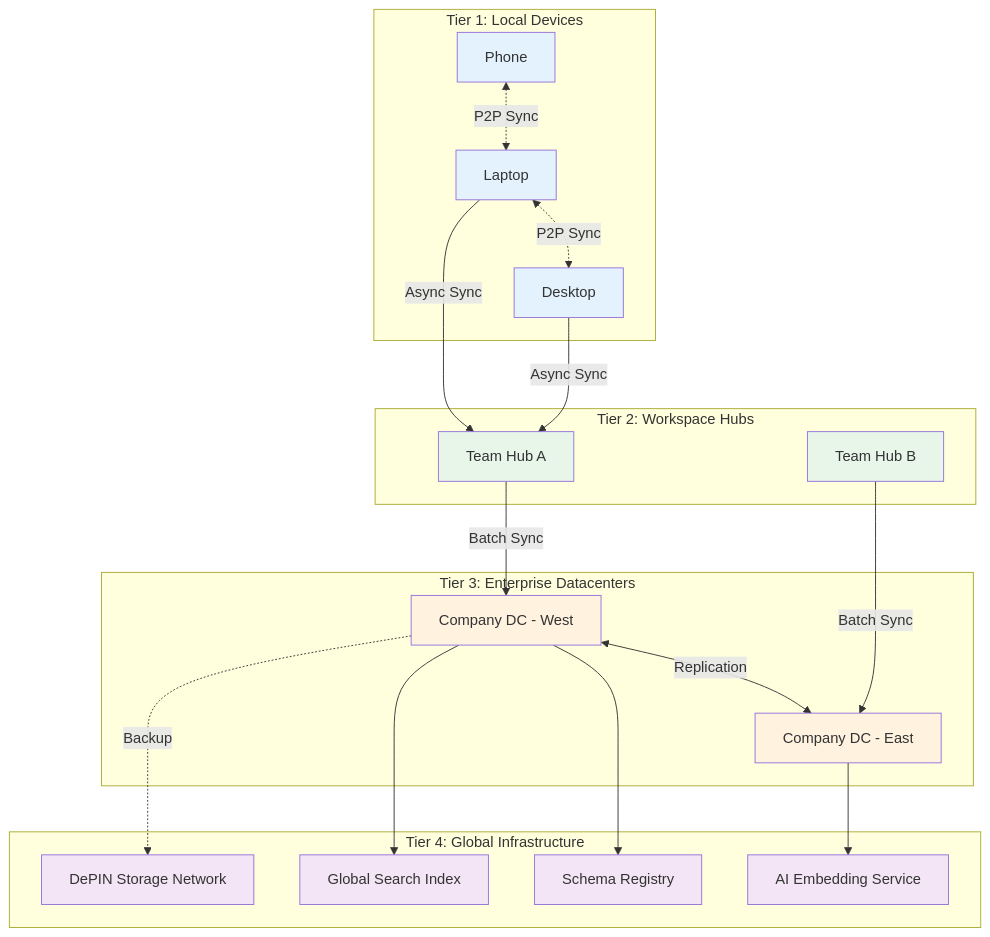
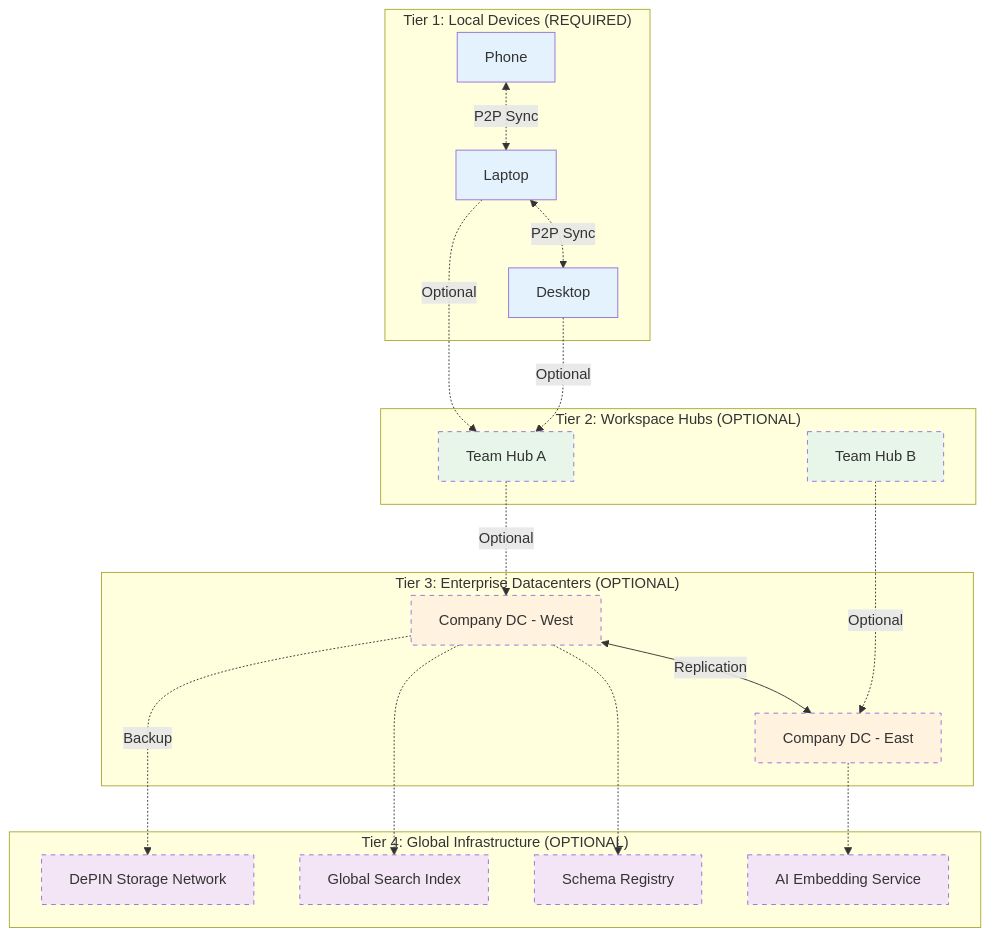
Before and after one commit to crs48/xNet: the first of 4 diagrams in docs/plan/10-scaling-architecture.md, drawn with Mermaid. The commit also changed other lines of this file and 1 other file, not shown here.

Commit message:
Clarify xNet is fully P2P - no servers required
Document that all infrastructure layers can run on peer devices:
- Discovery: mDNS, cached peers, manual exchange
- Signaling: DHT-based, peer relay, out-of-band
- NAT traversal: STUN + peer circuit relay
- Storage: Local-first with peer backup

Datacenters are optional optimizations for institutions with
scale/compliance needs, not requirements for the system to function.

````diff
--- a/docs/plan/10-scaling-architecture.md
+++ b/docs/plan/10-scaling-architecture.md
@@ -23,49 +25,49 @@
 ```mermaid
 graph TB
-    subgraph "Tier 1: Local Devices"
+    subgraph "Tier 1: Local Devices (REQUIRED)"
         L1[Phone]
         L2[Laptop]
         L3[Desktop]
         L1 <-.->|P2P Sync| L2
         L2 <-.->|P2P Sync| L3
     end
 
-    subgraph "Tier 2: Workspace Hubs"
+    subgraph "Tier 2: Workspace Hubs (OPTIONAL)"
         W1[Team Hub A]
         W2[Team Hub B]
     end
 
-    subgraph "Tier 3: Enterprise Datacenters"
+    subgraph "Tier 3: Enterprise Datacenters (OPTIONAL)"
         E1[Company DC - West]
         E2[Company DC - East]
         E1 <-->|Replication| E2
     end
 
-    subgraph "Tier 4: Global Infrastructure"
+    subgraph "Tier 4: Global Infrastructure (OPTIONAL)"
         G1[Schema Registry]
         G2[Global Search Index]
         G3[AI Embedding Service]
         G4[DePIN Storage Network]
     end
 
-    L2 -->|Async Sync| W1
-    L3 -->|Async Sync| W1
-    W1 -->|Batch Sync| E1
-    W2 -->|Batch Sync| E2
-    E1 --> G1
-    E1 --> G2
-    E2 --> G3
+    L2 -.->|Optional| W1
+    L3 -.->|Optional| W1
+    W1 -.->|Optional| E1
+    W2 -.->|Optional| E2
+    E1 -.-> G1
+    E1 -.-> G2
+    E2 -.-> G3
     E1 -.->|Backup| G4
 
     style L1 fill:#e3f2fd
     style L2 fill:#e3f2fd
     style L3 fill:#e3f2fd
-    style W1 fill:#e8f5e9
-    style W2 fill:#e8f5e9
-    style E1 fill:#fff3e0
-    style E2 fill:#fff3e0
-    style G1 fill:#f3e5f5
-    style G2 fill:#f3e5f5
-    style G3 fill:#f3e5f5
-    style G4 fill:#f3e5f5
+    style W1 fill:#e8f5e9,stroke-dasharray: 5 5
+    style W2 fill:#e8f5e9,stroke-dasharray: 5 5
+    style E1 fill:#fff3e0,stroke-dasharray: 5 5
+    style E2 fill:#fff3e0,stroke-dasharray: 5 5
+    style G1 fill:#f3e5f5,stroke-dasharray: 5 5
+    style G2 fill:#f3e5f5,stroke-dasharray: 5 5
+    style G3 fill:#f3e5f5,stroke-dasharray: 5 5
+    style G4 fill:#f3e5f5,stroke-dasharray: 5 5
 ```
````
